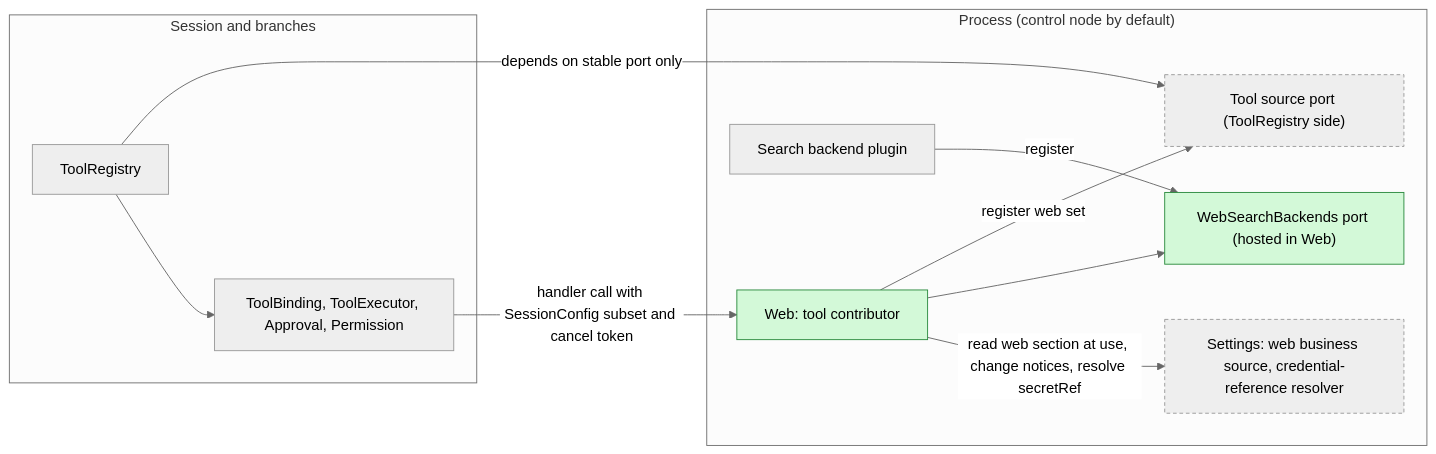
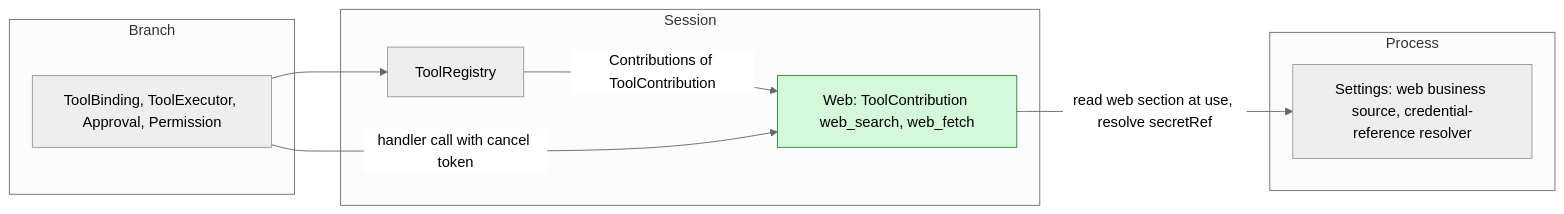
Before and after one commit to CoutinhoTTS/dim-agent: the first of 5 diagrams in docs/design/plugins/Web.md, drawn with Mermaid (neutral theme). The commit also changed other lines of this file and 3 other files, not shown here.

Commit message:
docs(design): rescope Web, SessionTitle, Notifications and Hooks per ADR 002

````diff
--- a/docs/design/plugins/Web.md
+++ b/docs/design/plugins/Web.md
@@ -9,23 +9,18 @@
 ```mermaid
 flowchart LR
-  subgraph PROC["Process (control node by default)"]
-    Web["Web: tool contributor"]:::new
-    WSB["WebSearchBackends port (hosted in Web)"]:::new
-    Backend["Search backend plugin"]
-    PTR["Tool source port (ToolRegistry side)"]:::contract
-    Settings["Settings: web business source, credential-reference resolver"]:::contract
+  subgraph PROC["Process"]
+    Settings["Settings: web business source, credential-reference resolver"]
   end
-  subgraph SESS["Session and branches"]
+  subgraph SESS["Session"]
+    Web["Web: ToolContribution web_search, web_fetch"]:::new
     ToolRegistry["ToolRegistry"]
+  end
+  subgraph BR["Branch"]
     Exec["ToolBinding, ToolExecutor, Approval, Permission"]
   end
-  Web -->|"register web set"| PTR
-  Web --> WSB
-  Backend -->|"register"| WSB
-  Web -->|"read web section at use, change notices, resolve secretRef"| Settings
-  ToolRegistry -->|"depends on stable port only"| PTR
-  ToolRegistry --> Exec
-  Exec -->|"handler call with SessionConfig subset and cancel token"| Web
+  Web -->|"read web section at use, resolve secretRef"| Settings
+  ToolRegistry -->|"Contributions of ToolContribution"| Web
+  Exec --> ToolRegistry
+  Exec -->|"handler call with cancel token"| Web
   classDef new fill:#d3f9d8,stroke:#2b8a3e,color:#000
-  classDef contract stroke-dasharray:4 3
 ```
````
